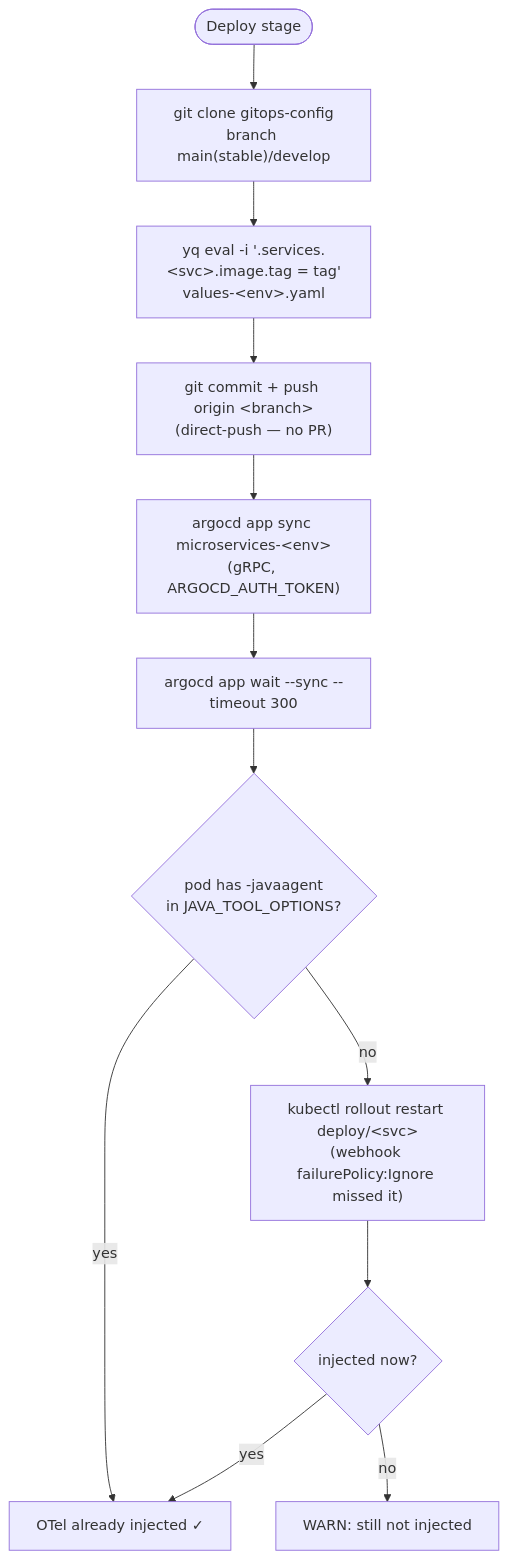
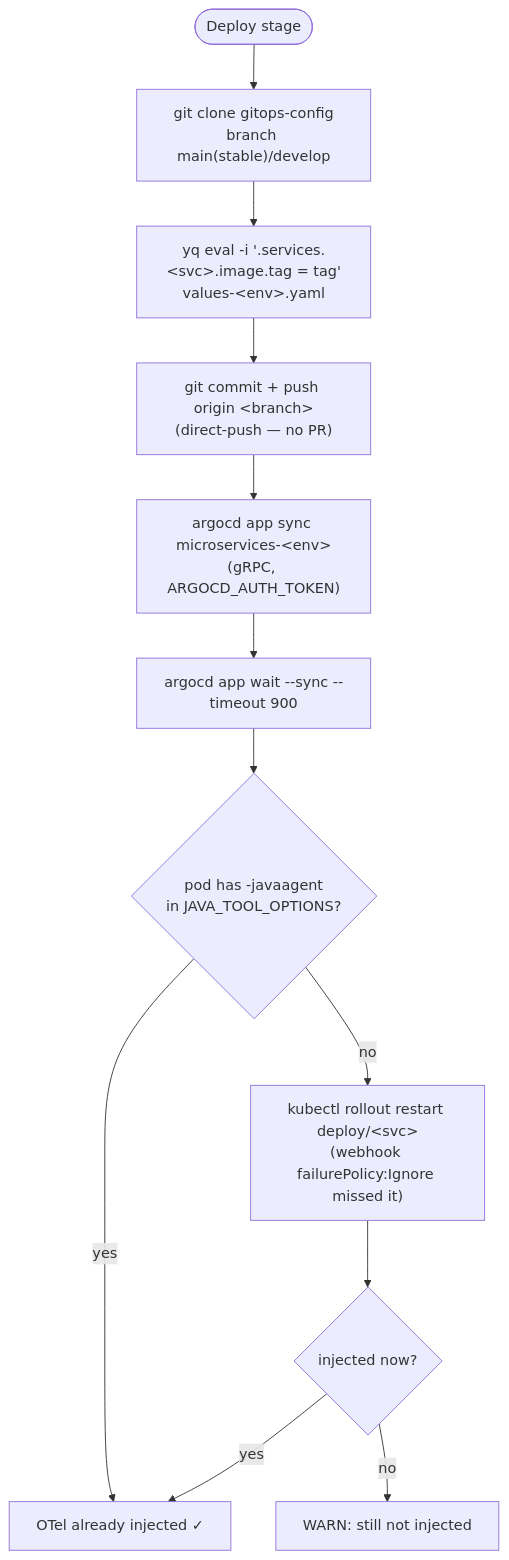
Diagram 11 of 12 in docs/402-PIPELINES_AS_CODE.md (nubenetes/jenkins-2026), drawn with Mermaid before and after one commit. The commit also changed 14 other files, not shown here.

````diff
--- a/docs/402-PIPELINES_AS_CODE.md
+++ b/docs/402-PIPELINES_AS_CODE.md
@@ -556,14 +556,14 @@
 ```mermaid
 flowchart TB
   start([Deploy stage]) --> clone["git clone gitops-config<br/>branch main(stable)/develop"]
   clone --> tag["yq eval -i '.services.&lt;svc&gt;.image.tag = tag'<br/>values-&lt;env&gt;.yaml"]
   tag --> push["git commit + push origin &lt;branch&gt;<br/>(direct-push — no PR)"]
   push --> sync["argocd app sync microservices-&lt;env&gt;<br/>(gRPC, ARGOCD_AUTH_TOKEN)"]
-  sync --> wait["argocd app wait --sync --timeout 300"]
+  sync --> wait["argocd app wait --sync --timeout 900"]
   wait --> check{pod has -javaagent<br/>in JAVA_TOOL_OPTIONS?}
   check -->|yes| ok[OTel already injected ✓]
   check -->|no| restart["kubectl rollout restart deploy/&lt;svc&gt;<br/>(webhook failurePolicy:Ignore missed it)"]
   restart --> recheck{injected now?}
   recheck -->|yes| ok
   recheck -->|no| warn[WARN: still not injected]
 ```
````
